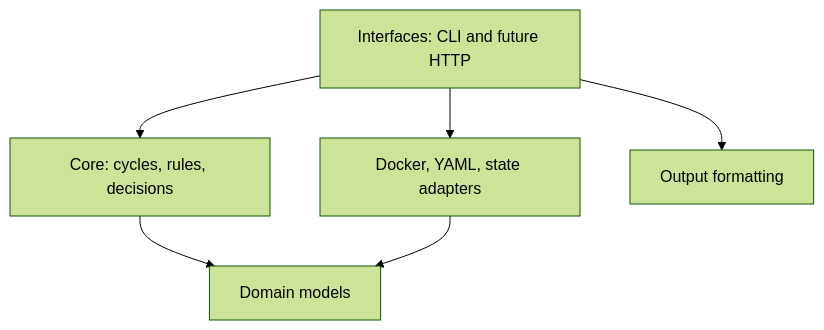
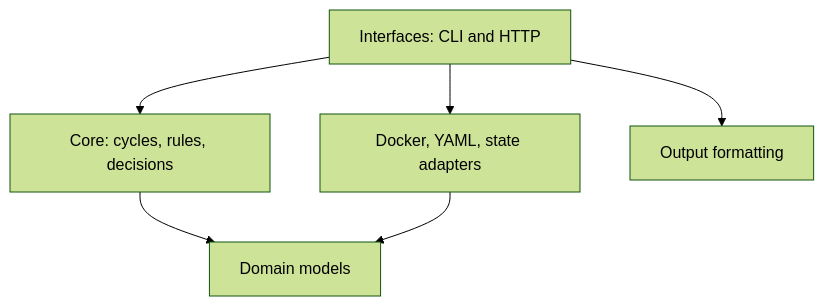
The diagram in docs/architecture.md (decryptus/monit-docker), drawn with Mermaid (forest theme) before and after one commit. The commit also changed other lines of this file and 13 other files, not shown here.

````diff
--- a/docs/architecture.md
+++ b/docs/architecture.md
@@ -9,8 +9,8 @@
 ```mermaid
 flowchart TD
-    CLI["Interfaces: CLI and future HTTP"] --> Core["Core: cycles, rules, decisions"]
+    CLI["Interfaces: CLI and HTTP"] --> Core["Core: cycles, rules, decisions"]
     Core --> Domain["Domain models"]
     Adapters["Docker, YAML, state adapters"] --> Domain
     CLI --> Adapters
     CLI --> Outputs["Output formatting"]
 ```
````
